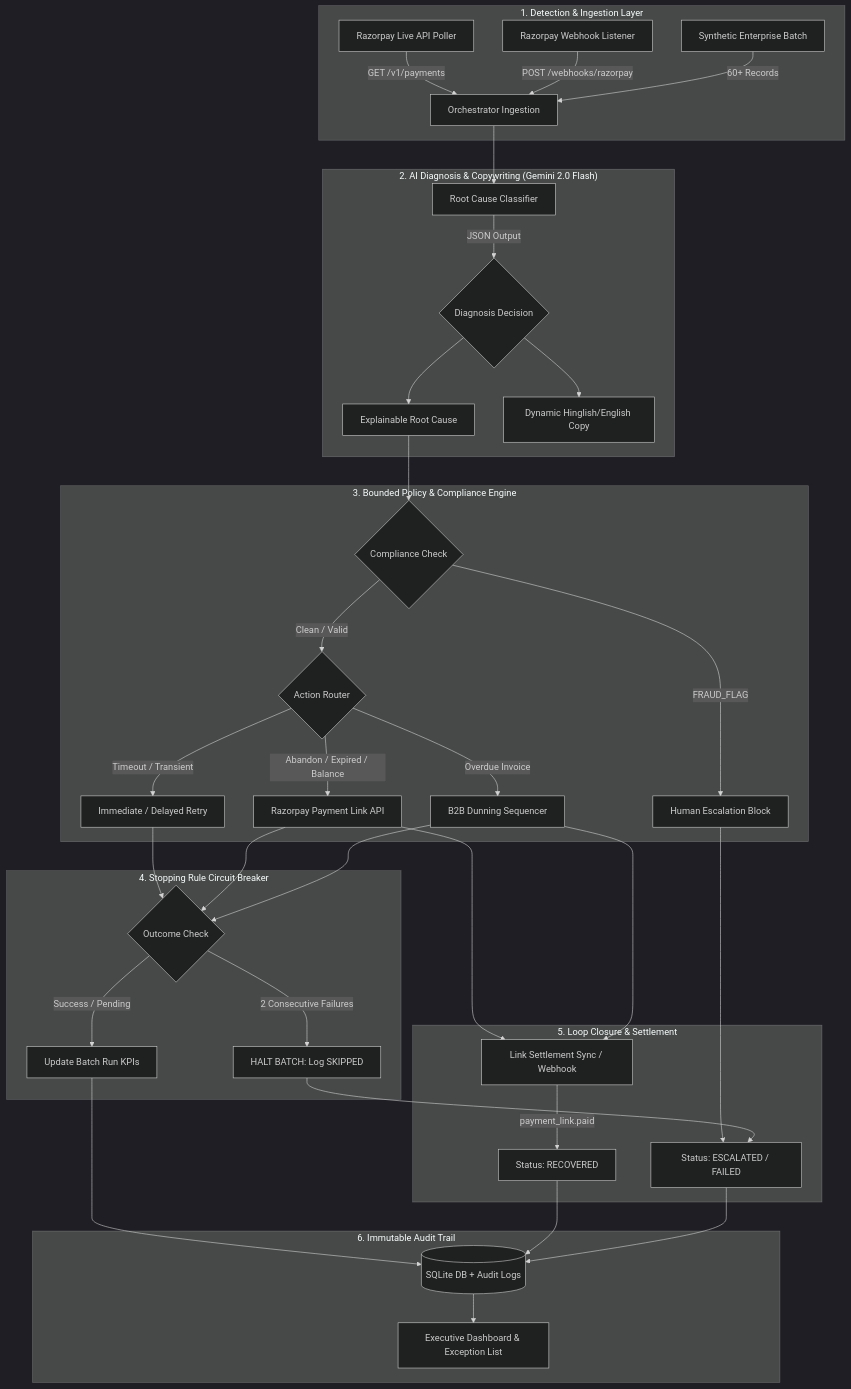
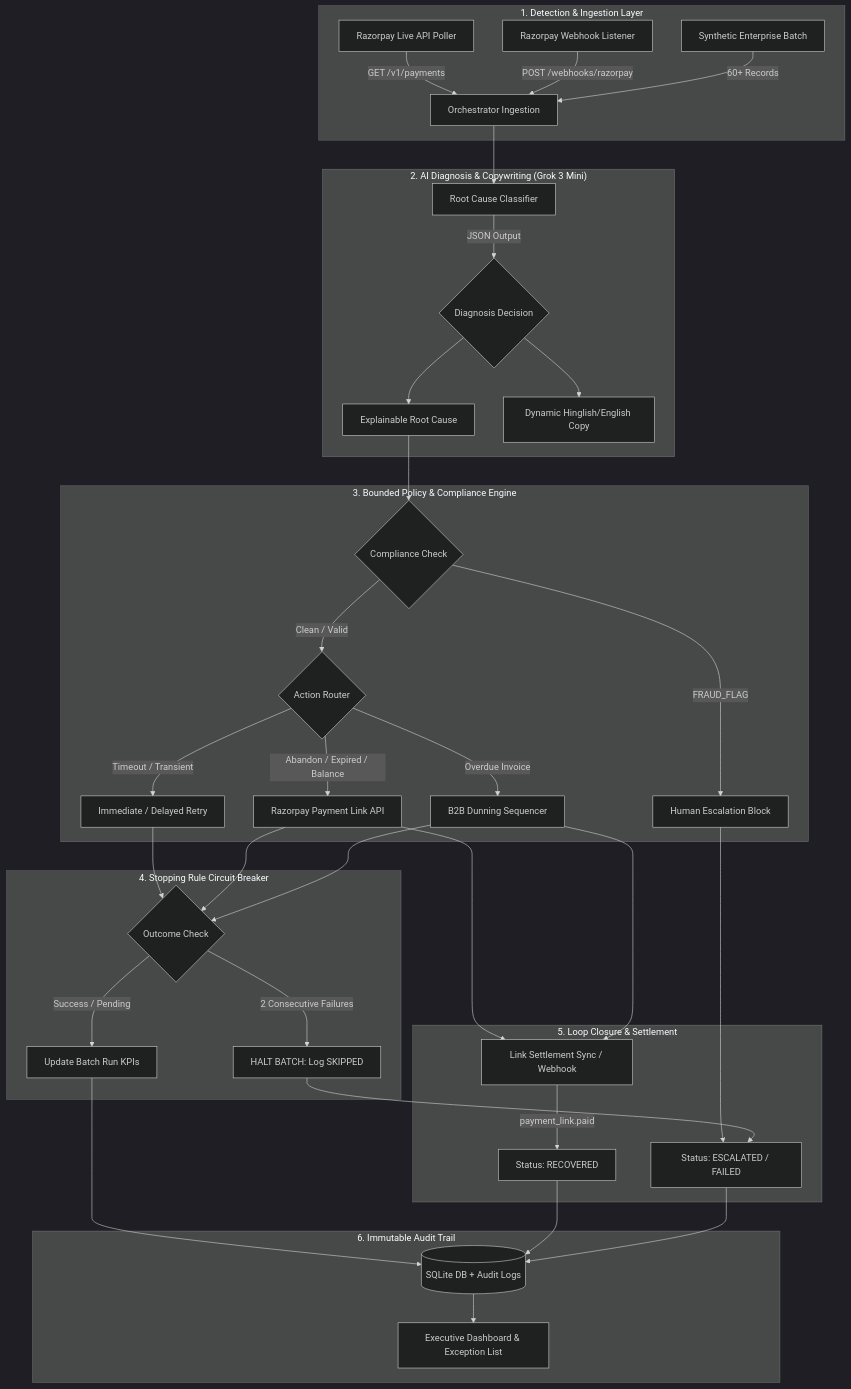
Before and after one commit to alphacoder-hash/Razorpay-ai-buildathon: the diagram in README.md, drawn with Mermaid (dark theme). The commit also changed other lines of this file and 19 other files, not shown here.

````diff
--- a/README.md
+++ b/README.md
@@ -89,41 +89,41 @@
 ```mermaid
 flowchart TD
     subgraph Ingestion["1. Detection & Ingestion Layer"]
         A1[Razorpay Live API Poller] -->|GET /v1/payments| D[Orchestrator Ingestion]
         A2[Razorpay Webhook Listener] -->|POST /webhooks/razorpay| D
         A3[Synthetic Enterprise Batch] -->|60+ Records| D
     end
 
-    subgraph Intelligence["2. AI Diagnosis & Copywriting (Gemini 2.0 Flash)"]
+    subgraph Intelligence["2. AI Diagnosis & Copywriting (Grok 3 Mini)"]
         D --> E[Root Cause Classifier]
         E -->|JSON Output| F{Diagnosis Decision}
         F --> G[Explainable Root Cause]
         F --> H[Dynamic Hinglish/English Copy]
     end
 
     subgraph PolicyEngine["3. Bounded Policy & Compliance Engine"]
         G --> I{Compliance Check}
         I -->|FRAUD_FLAG| J[Human Escalation Block]
         I -->|Clean / Valid| K{Action Router}
         K -->|Timeout / Transient| L[Immediate / Delayed Retry]
         K -->|Abandon / Expired / Balance| M[Razorpay Payment Link API]
         K -->|Overdue Invoice| N[B2B Dunning Sequencer]
     end
 
     subgraph CircuitBreaker["4. Stopping Rule Circuit Breaker"]
         L & M & N --> O{Outcome Check}
         O -->|2 Consecutive Failures| P[HALT BATCH: Log SKIPPED]
         O -->|Success / Pending| Q[Update Batch Run KPIs]
     end
 
     subgraph Reconciliation["5. Loop Closure & Settlement"]
         M & N --> R[Link Settlement Sync / Webhook]
         R -->|payment_link.paid| S[Status: RECOVERED]
         J & P --> T[Status: ESCALATED / FAILED]
     end
 
     subgraph Storage["6. Immutable Audit Trail"]
         Q & S & T --> U[(SQLite DB + Audit Logs)]
         U --> V[Executive Dashboard & Exception List]
     end
 ```
````
